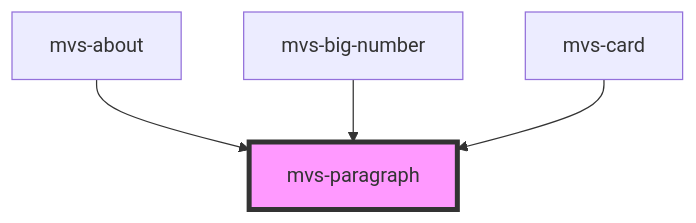
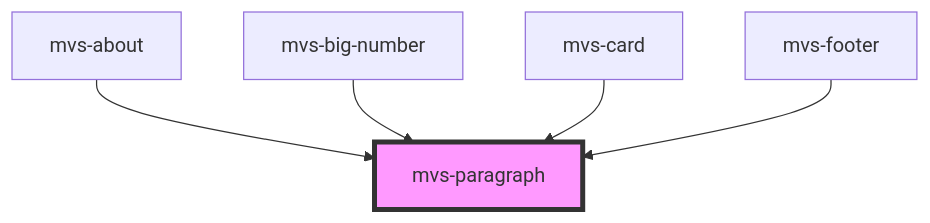
The diagram in src/components/typography/mvs-paragraph/readme.md (rafaela-vairo/mvs-design-system), drawn with Mermaid before and after one commit. The commit also changed other lines of this file and 29 other files, not shown here.

````diff
--- a/src/components/typography/mvs-paragraph/readme.md
+++ b/src/components/typography/mvs-paragraph/readme.md
@@ -25,7 +26,8 @@
 ```mermaid
 graph TD;
   mvs-about --> mvs-paragraph
   mvs-big-number --> mvs-paragraph
   mvs-card --> mvs-paragraph
+  mvs-footer --> mvs-paragraph
   style mvs-paragraph fill:#f9f,stroke:#333,stroke-width:4px
 ```
````
